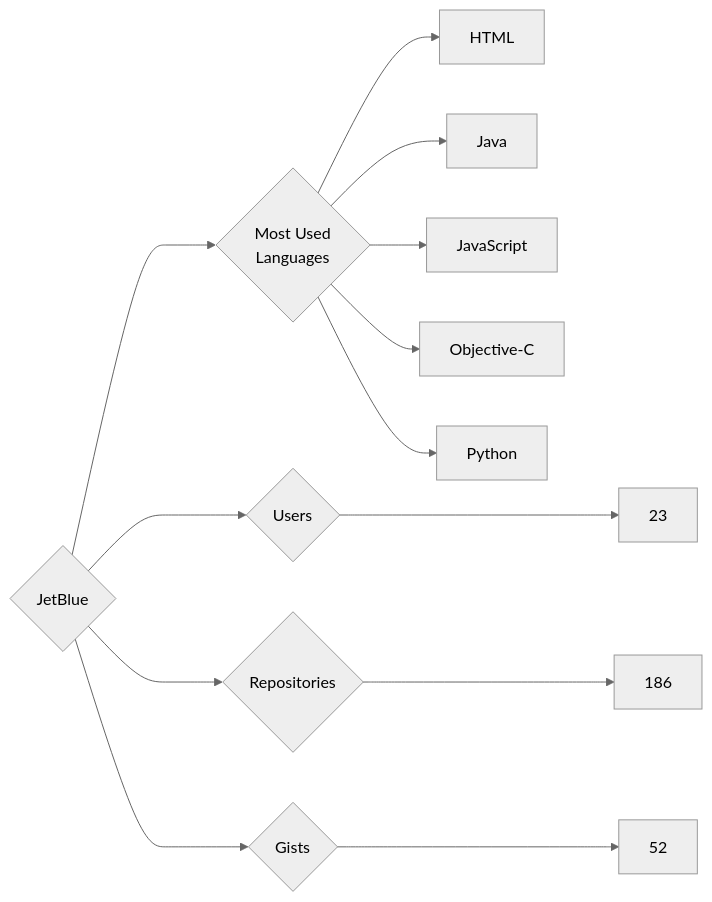
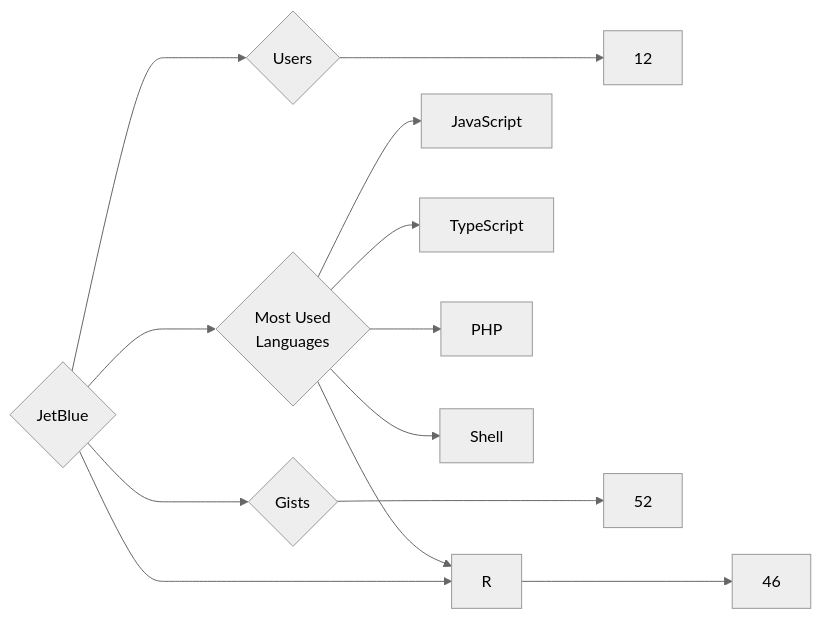
Before and after one commit to trickest/insiders: the diagram in targets/JetBlue/README.md, drawn with Mermaid (neutral theme). The commit also changed 874 other files, not shown here.

````diff
--- a/targets/JetBlue/README.md
+++ b/targets/JetBlue/README.md
@@ -3,13 +3,13 @@
 ```mermaid
 graph LR
 COMPANY_NAME{JetBlue}
-COMPANY_NAME ---> U{Users} ---> UN[23]
-COMPANY_NAME ---> R{Repositories} ---> RN[186]
+COMPANY_NAME ---> U{Users} ---> UN[12]
+COMPANY_NAME ---> R{Repositories} ---> RN[46]
 COMPANY_NAME ---> G{Gists} ---> GN[52]
 COMPANY_NAME ---> ML{Most Used<br>Languages}
-ML --> HTML[HTML]
-ML --> Java[Java]
 ML --> JavaScript[JavaScript]
-ML --> Objective-C[Objective-C]
-ML --> Python[Python]
+ML --> TypeScript[TypeScript]
+ML --> PHP[PHP]
+ML --> Shell[Shell]
+ML --> R[R]
 ```
````
